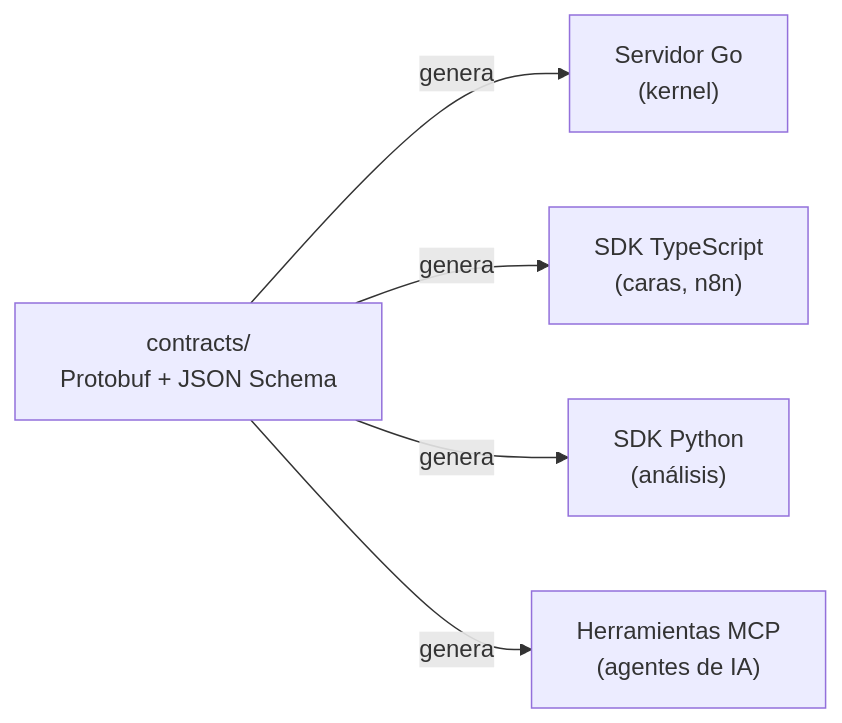
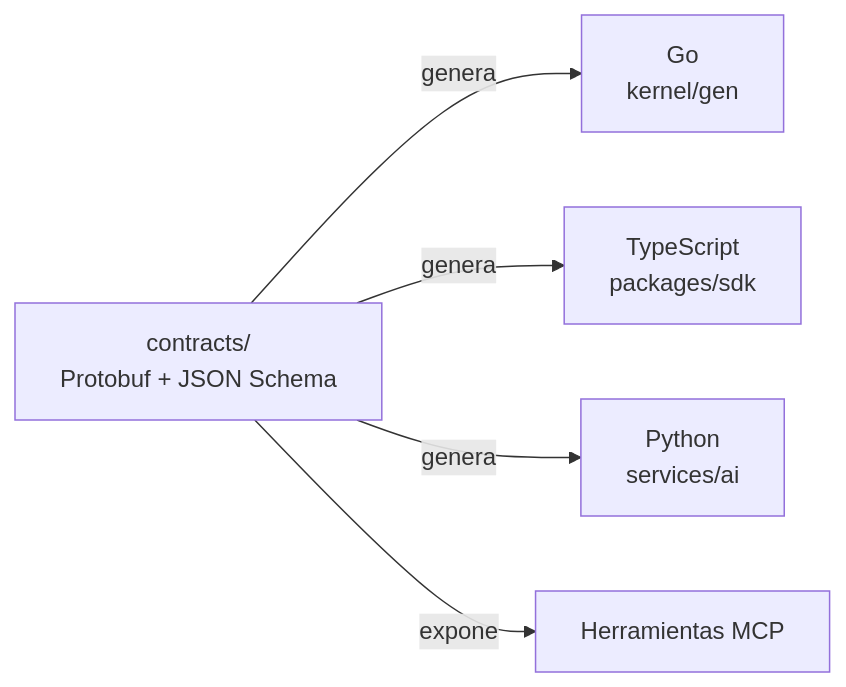
The diagram in docs/02-arquitectura/contrato.md (NexusThrive/nexusthrive), drawn with Mermaid before and after one commit. The commit also changed other lines of this file and 130 other files, not shown here.

````diff
--- a/docs/02-arquitectura/contrato.md
+++ b/docs/02-arquitectura/contrato.md
@@ -5,7 +13,7 @@
 ```mermaid
 flowchart LR
-    C["contracts/<br/>Protobuf + JSON Schema"] -->|"genera"| GO["Servidor Go<br/>(kernel)"]
-    C -->|"genera"| TS["SDK TypeScript<br/>(caras, n8n)"]
-    C -->|"genera"| PY["SDK Python<br/>(análisis)"]
-    C -->|"genera"| MCP["Herramientas MCP<br/>(agentes de IA)"]
+    C["contracts/<br/>Protobuf + JSON Schema"] -->|"genera"| GO["Go<br/>kernel/gen"]
+    C -->|"genera"| TS["TypeScript<br/>packages/sdk"]
+    C -->|"genera"| PY["Python<br/>services/ai"]
+    C -->|"expone"| MCP["Herramientas MCP"]
 ```
````
